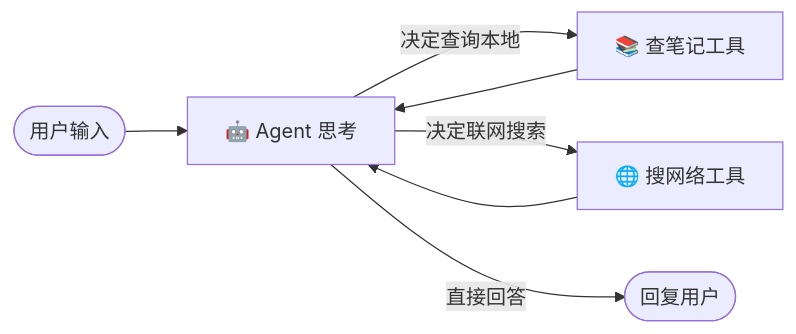
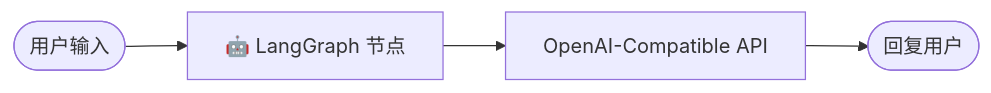
The diagram in README.md (979569650/Agent), drawn with Mermaid before and after one commit. The commit also changed other lines of this file and 9 other files, not shown here.

````diff
--- a/README.md
+++ b/README.md
@@ -24,10 +26,6 @@
 ```mermaid
 graph LR
-    Start([用户输入]) --> Agent[🤖 Agent 思考]
-    Agent -->|决定查询本地| Tool_Note[📚 查笔记工具]
-    Agent -->|决定联网搜索| Tool_Web[🌐 搜网络工具]
-    Agent -->|直接回答| End([回复用户])
-    
-    Tool_Note --> Agent
-    Tool_Web --> Agent
+    Start([用户输入]) --> Agent[🤖 LangGraph 节点]
+    Agent --> API[OpenAI-Compatible API]
+    API --> End([回复用户])
 ```
````
